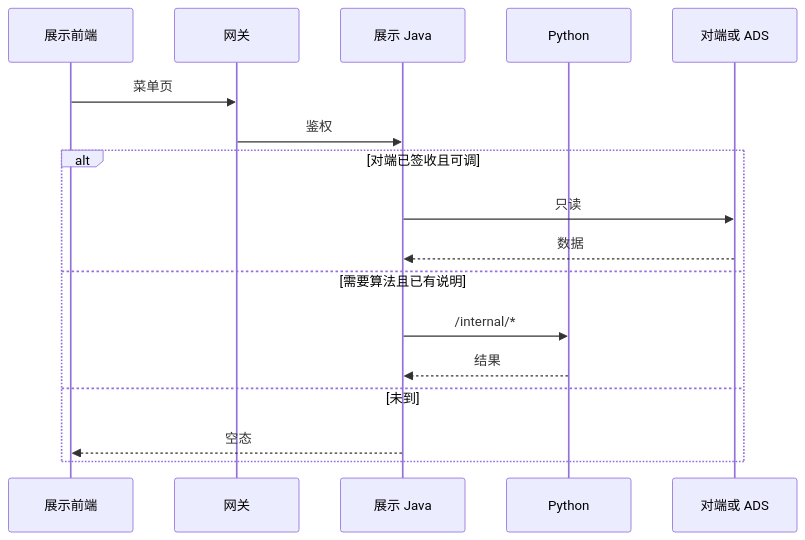
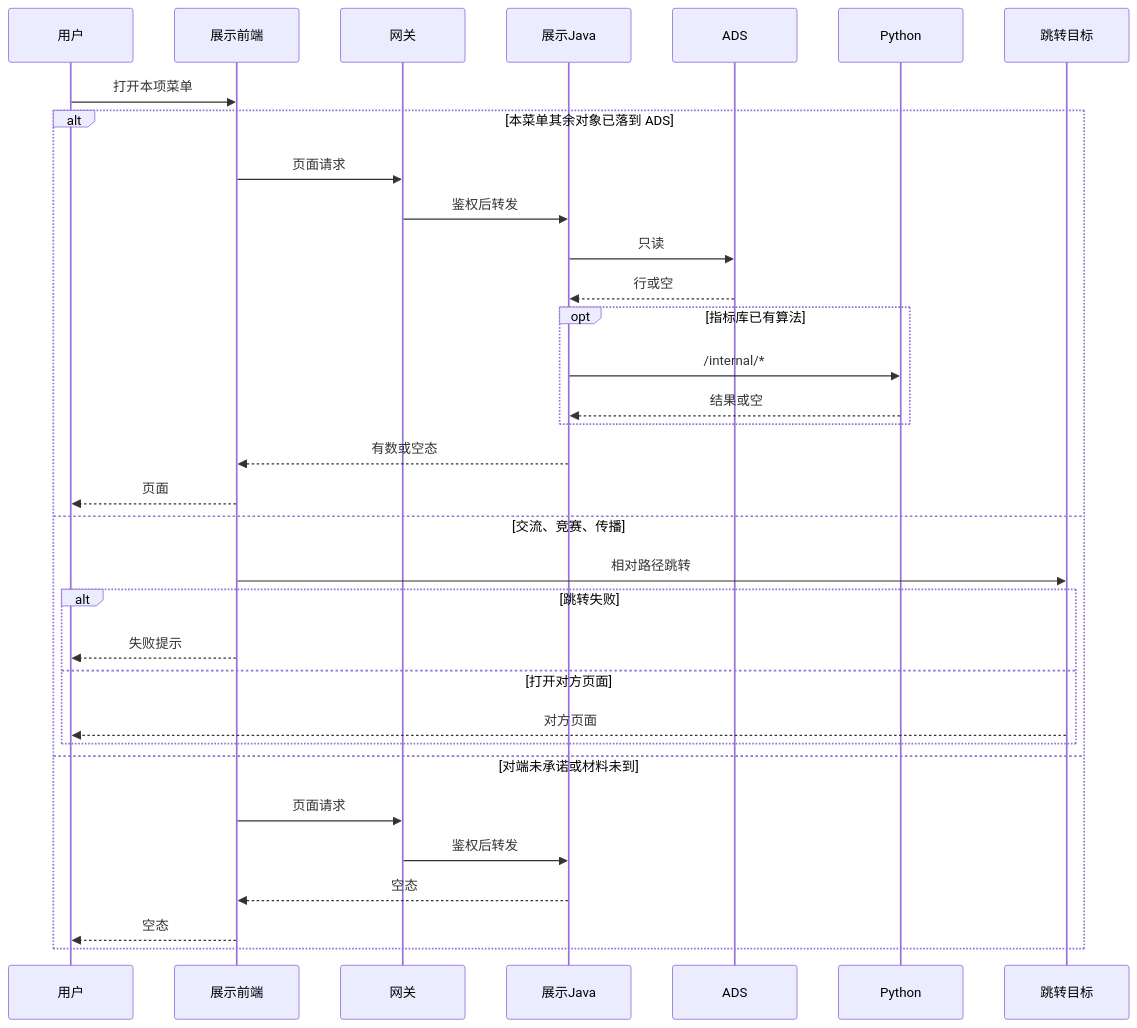
The first of 2 diagrams in agent-delivery/工程过程/04-系统集成/05-展示系统集成/技术方案.md (Marisolebxf/-), drawn with Mermaid before and after one commit. The commit also changed other lines of this file and 15 other files, not shown here.

````diff
--- a/agent-delivery/工程过程/04-系统集成/05-展示系统集成/技术方案.md
+++ b/agent-delivery/工程过程/04-系统集成/05-展示系统集成/技术方案.md
@@ -19,19 +110,35 @@
 ```mermaid
 sequenceDiagram
+  participant U as 用户
   participant FE as 展示前端
   participant GW as 网关
-  participant J as 展示 Java
+  participant J as 展示Java
+  participant ADS as ADS
   participant PY as Python
-  participant EXT as 对端或 ADS
-  FE->>GW: 菜单页
-  GW->>J: 鉴权
-  alt 对端已签收且可调
-    J->>EXT: 只读
-    EXT-->>J: 数据
-  else 需要算法且已有说明
-    J->>PY: /internal/*
-    PY-->>J: 结果
-  else 未到
+  participant EXT as 跳转目标
+  U->>FE: 打开本项菜单
+  alt 本菜单其余对象已落到 ADS
+    FE->>GW: 页面请求
+    GW->>J: 鉴权后转发
+    J->>ADS: 只读
+    ADS-->>J: 行或空
+    opt 指标库已有算法
+      J->>PY: /internal/*
+      PY-->>J: 结果或空
+    end
+    J-->>FE: 有数或空态
+    FE-->>U: 页面
+  else 交流、竞赛、传播
+    FE->>EXT: 相对路径跳转
+    alt 跳转失败
+      FE-->>U: 失败提示
+    else 打开对方页面
+      EXT-->>U: 对方页面
+    end
+  else 对端未承诺或材料未到
+    FE->>GW: 页面请求
+    GW->>J: 鉴权后转发
     J-->>FE: 空态
+    FE-->>U: 空态
   end
 ```
````
